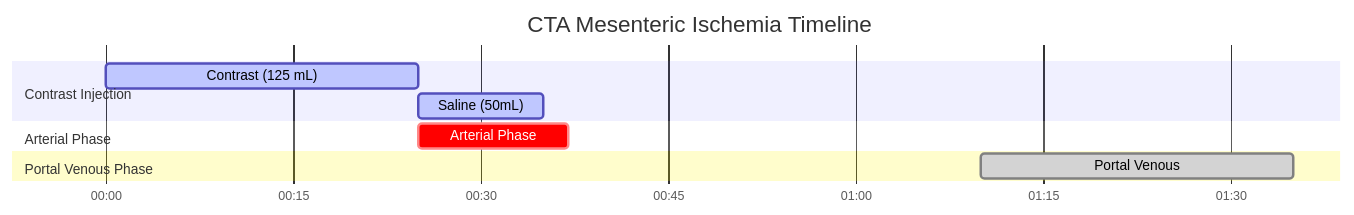
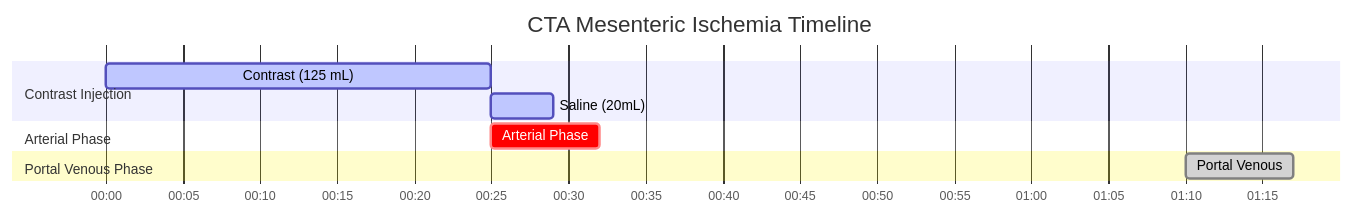
The diagram in docs/ct/vascular/cta-mesenteric-ischemia.md (dfergs93/radiology-protocols), drawn with Mermaid before and after one commit. The commit also changed other lines of this file and 113 other files, not shown here.

````diff
--- a/docs/ct/vascular/cta-mesenteric-ischemia.md
+++ b/docs/ct/vascular/cta-mesenteric-ischemia.md
@@ -85,18 +85,18 @@
   ```mermaid
   ---
   config:
     theme: default
   ---
     gantt
       title CTA Mesenteric Ischemia Timeline
       dateFormat mm:ss
       axisFormat %M:%S 
       
       section Contrast Injection
       Contrast (125 mL)    :active, contrast, 00:00, 25s
-      Saline (50mL)          :active, saline, after contrast, 10s
+      Saline (20mL)          :active, saline, after contrast, 4s
       section Arterial Phase
-      Arterial Phase    :crit, scan1, 00:25, 12s
+      Arterial Phase    :crit, scan1, 00:25, 7s
       section Portal Venous Phase
-      Portal Venous    :done, scan2, 01:10, 25s
+      Portal Venous    :done, scan2, 01:10, 7s
   ```
````
